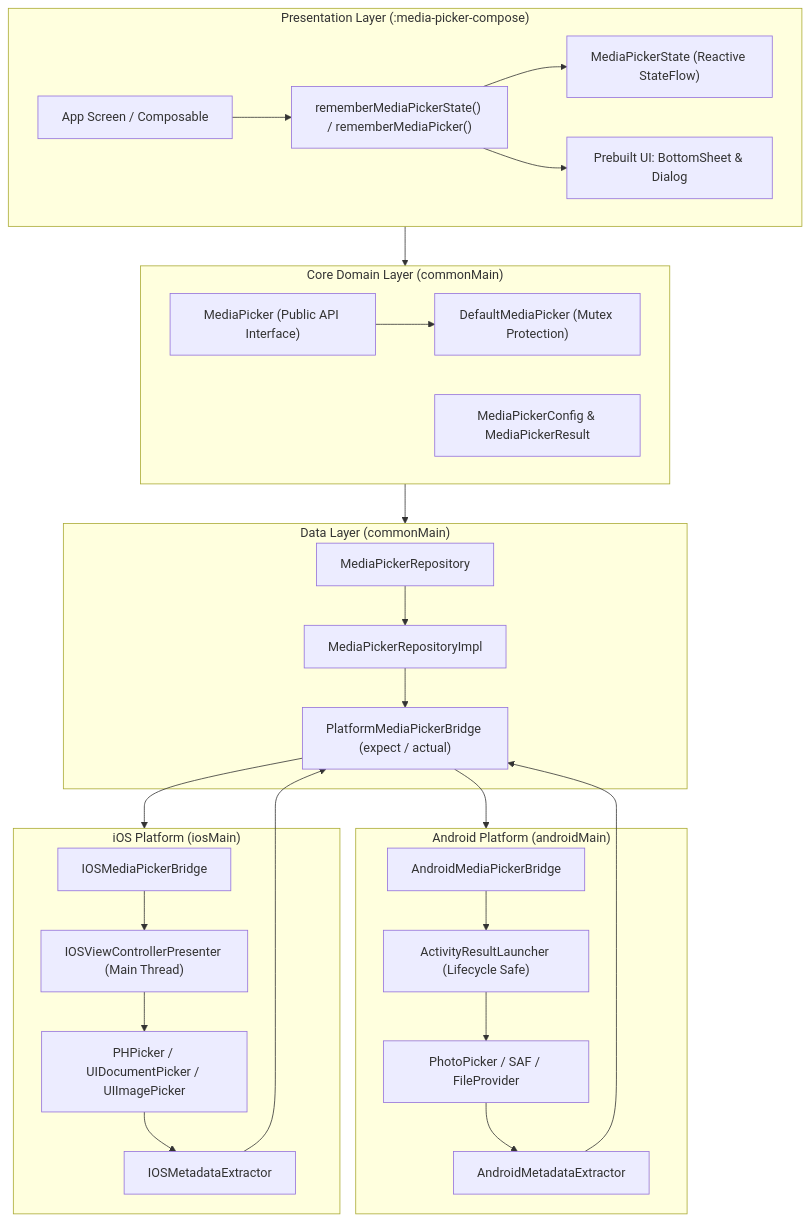
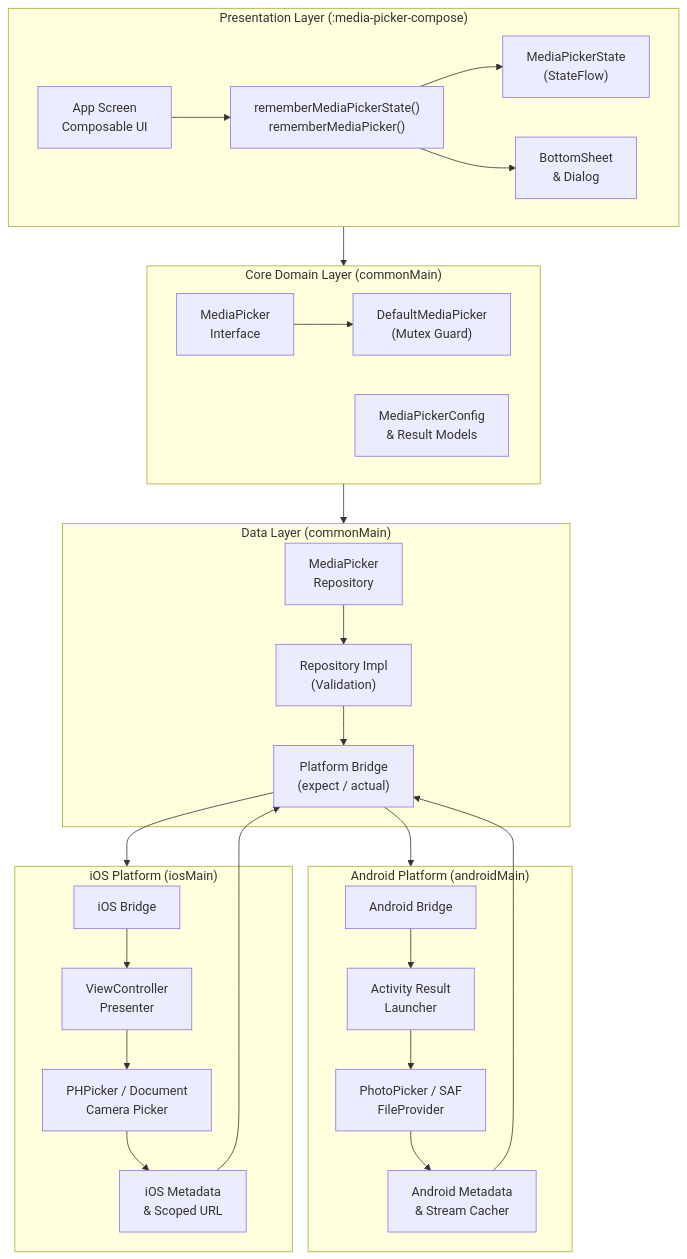
Before and after one commit to gargpadmakar/MediaPickerKMP: the first of 2 diagrams in README.md, drawn with Mermaid. The commit also changed 1 other file, not shown here.

Commit message:
docs: fix Mermaid diagram text clipping by formatting node labels with multiline breaks

````diff
--- a/README.md
+++ b/README.md
@@ -109,50 +109,37 @@
 ```mermaid
 flowchart TD
     subgraph UI["Presentation Layer (:media-picker-compose)"]
-        A["App Screen / Composable"] --> B["rememberMediaPickerState() / rememberMediaPicker()"]
-        B --> C["MediaPickerState (Reactive StateFlow)"]
-        B --> D["Prebuilt UI: BottomSheet & Dialog"]
+        A["App Screen<br/>Composable UI"] --> B["rememberMediaPickerState()<br/>rememberMediaPicker()"]
+        B --> C["MediaPickerState<br/>(StateFlow)"]
+        B --> D["BottomSheet<br/>& Dialog"]
     end
 
     subgraph Domain["Core Domain Layer (commonMain)"]
-        E["MediaPicker (Public API Interface)"]
-        F["DefaultMediaPicker (Mutex Protection)"]
-        G["MediaPickerConfig & MediaPickerResult"]
-        E --> F
+        E["MediaPicker<br/>Interface"] --> F["DefaultMediaPicker<br/>(Mutex Guard)"]
+        G["MediaPickerConfig<br/>& Result Models"]
     end
 
     subgraph Data["Data Layer (commonMain)"]
-        H["MediaPickerRepository"]
-        I["MediaPickerRepositoryImpl"]
-        J["PlatformMediaPickerBridge (expect / actual)"]
-        H --> I
-        I --> J
+        H["MediaPicker<br/>Repository"] --> I["Repository Impl<br/>(Validation)"]
+        I --> J["Platform Bridge<br/>(expect / actual)"]
     end
 
     subgraph AndroidPlatform["Android Platform (androidMain)"]
-        K["AndroidMediaPickerBridge"]
-        L["ActivityResultLauncher (Lifecycle Safe)"]
-        M["AndroidMetadataExtractor"]
-        N["PhotoPicker / SAF / FileProvider"]
-        K --> L
-        L --> N
-        N --> M
+        K["Android Bridge"] --> L["Activity Result<br/>Launcher"]
+        L --> N["PhotoPicker / SAF<br/>FileProvider"]
+        N --> M["Android Metadata<br/>& Stream Cacher"]
     end
 
     subgraph IOSPlatform["iOS Platform (iosMain)"]
-        O["IOSMediaPickerBridge"]
-        P["IOSViewControllerPresenter (Main Thread)"]
-        Q["IOSMetadataExtractor"]
-        R["PHPicker / UIDocumentPicker / UIImagePicker"]
-        O --> P
-        P --> R
-        R --> Q
+        O["iOS Bridge"] --> P["ViewController<br/>Presenter"]
+        P --> R["PHPicker / Document<br/>Camera Picker"]
+        R --> Q["iOS Metadata<br/>& Scoped URL"]
     end
 
     UI --> Domain
     Domain --> Data
     J --> AndroidPlatform
     J --> IOSPlatform
     M --> J
     Q --> J
 ```
````
